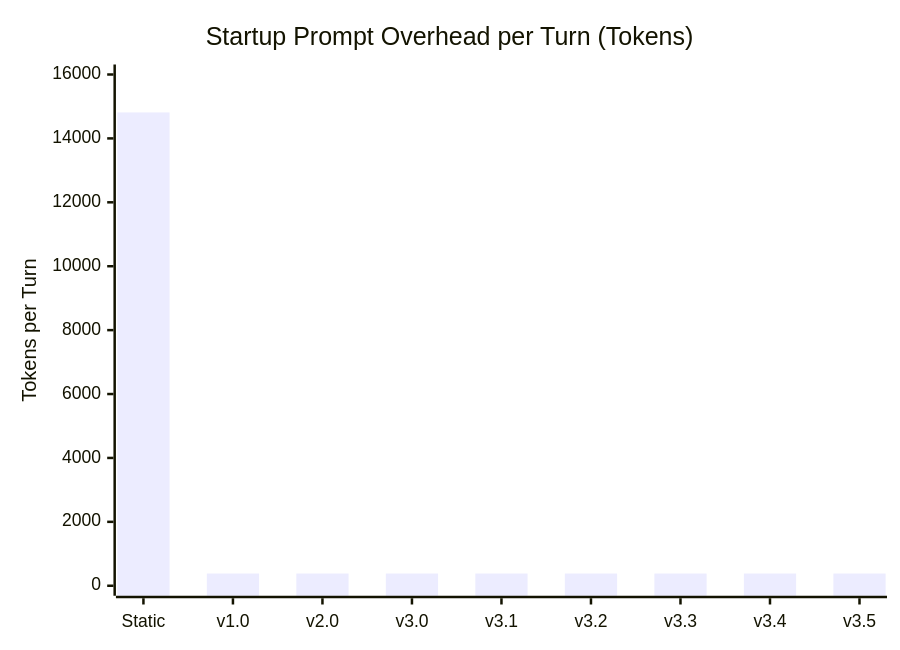
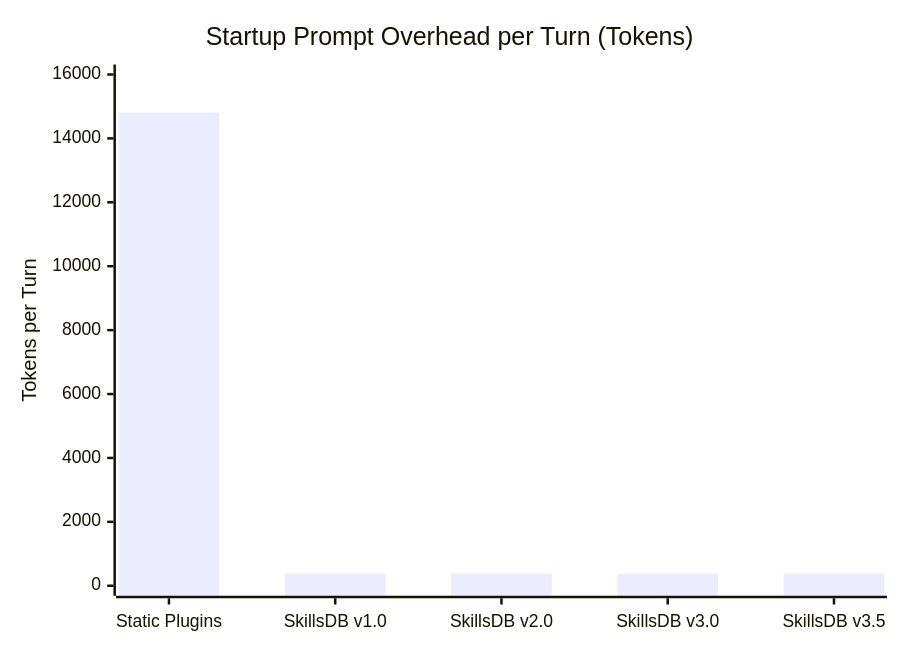
One commit to scorpion421/skillsdb changed the first of 4 diagrams in README.md. Above: the diagram before and after it, drawn with Mermaid. The commit also changed other lines of this file and 1 other file, not shown here.

````diff
--- a/README.md
+++ b/README.md
@@ -92,7 +38,7 @@
 ```mermaid
 xychart-beta
     title "Startup Prompt Overhead per Turn (Tokens)"
-    x-axis ["Static", "v1.0", "v2.0", "v3.0", "v3.1", "v3.2", "v3.3", "v3.4", "v3.5"]
+    x-axis ["Static Plugins", "SkillsDB v1.0", "SkillsDB v2.0", "SkillsDB v3.0", "SkillsDB v3.5"]
     y-axis "Tokens per Turn" 0 --> 16000
-    bar [14813, 382, 382, 382, 382, 382, 382, 382, 382]
+    bar [14813, 382, 382, 382, 382]
 ```
````
